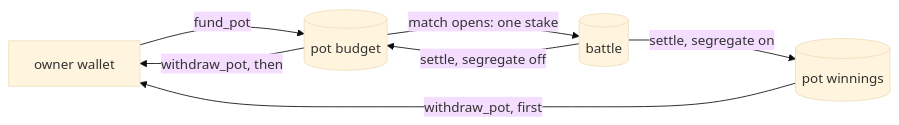
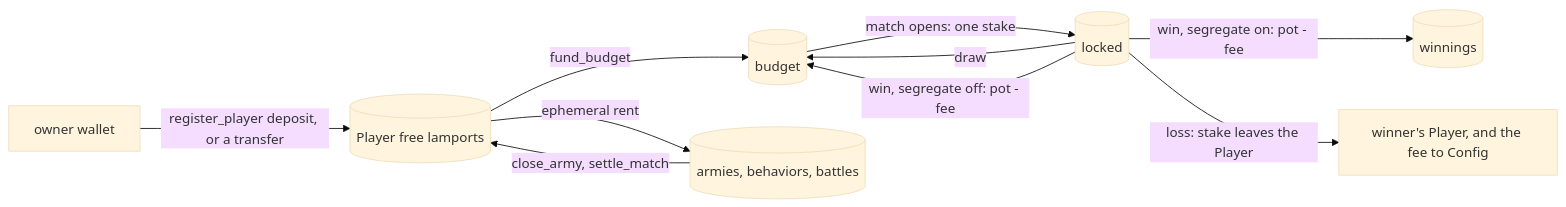
The second of 3 diagrams in docs/src/matchmaking.md (Dodecahedr0x/horizon-zero), drawn with Mermaid (base theme) before and after one commit. The commit also changed other lines of this file and 19 other files, not shown here.

First line of the commit message:
feat: Player stakes, ephemeral accounts and a permissionless settlement with the protocol fee

````diff
--- a/docs/src/matchmaking.md
+++ b/docs/src/matchmaking.md
@@ -54,9 +48,12 @@
 ```mermaid
 flowchart LR
-  Wallet["owner wallet"] -->|fund_pot| Budget[("pot budget")]
-  Budget -->|"match opens: one stake"| Battle[("battle")]
-  Battle -->|"settle, segregate off"| Budget
-  Battle -->|"settle, segregate on"| Winnings[("pot winnings")]
-  Winnings -->|"withdraw_pot, first"| Wallet
-  Budget -->|"withdraw_pot, then"| Wallet
+  Wallet["owner wallet"] -->|"register_player deposit, or a transfer"| Free[("Player free lamports")]
+  Free -->|fund_budget| Budget[("budget")]
+  Free -->|"ephemeral rent"| Rent[("armies, behaviors, battles")]
+  Rent -->|"close_army, settle_match"| Free
+  Budget -->|"match opens: one stake"| Locked[("locked")]
+  Locked -->|"draw"| Budget
+  Locked -->|"win, segregate off: pot - fee"| Budget
+  Locked -->|"win, segregate on: pot - fee"| Winnings[("winnings")]
+  Locked -->|"loss: stake leaves the Player"| Out["winner's Player, and the fee to Config"]
 ```
````
